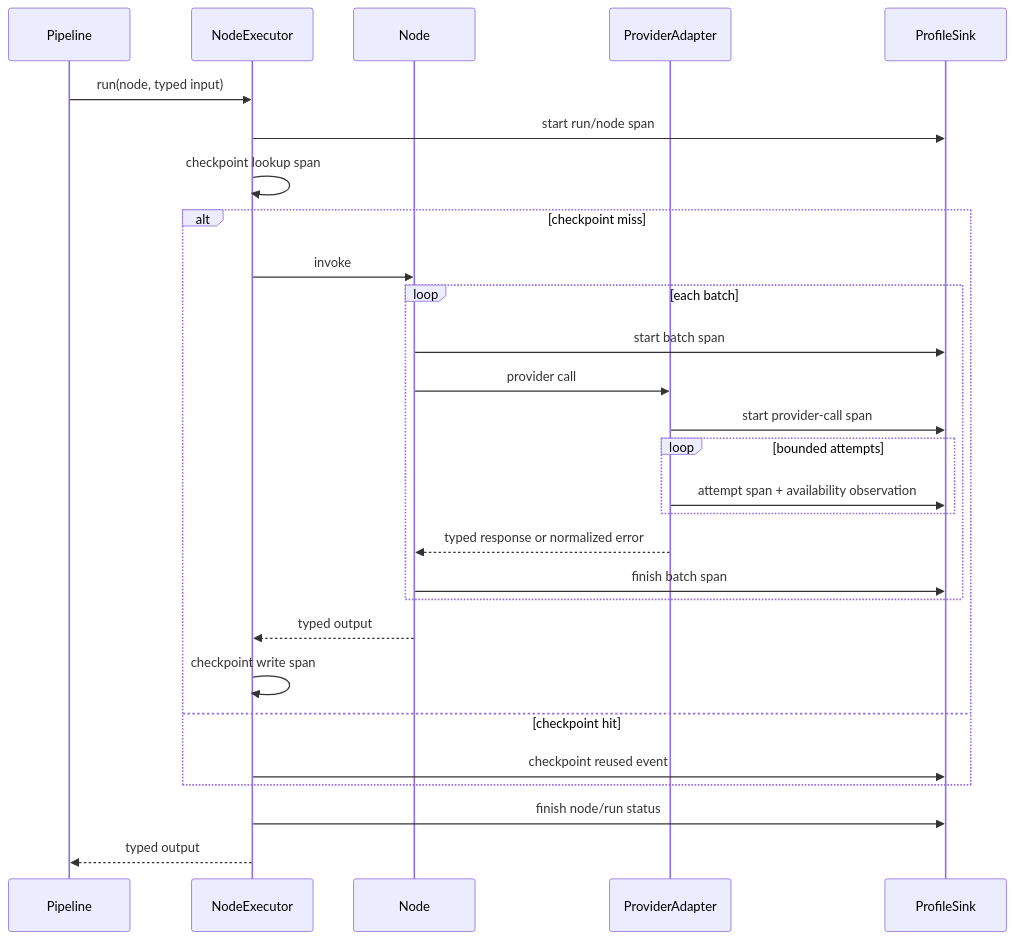
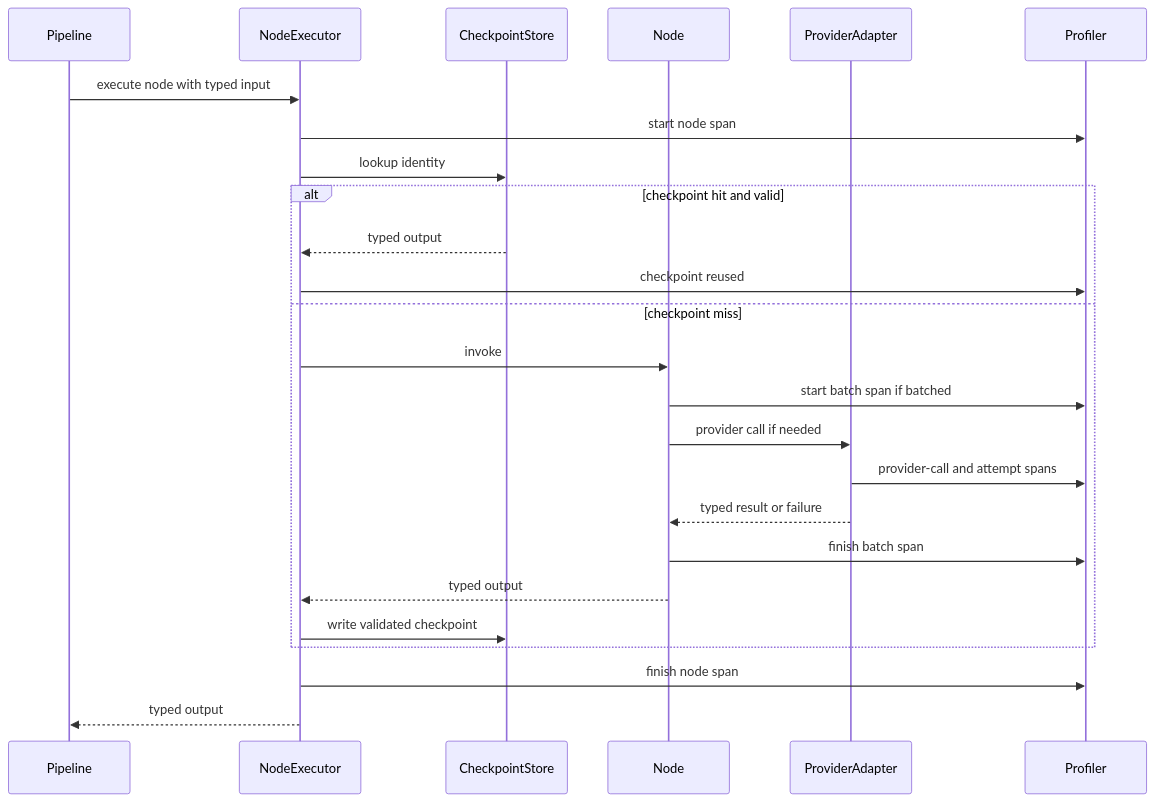
Before and after one commit to apue/yt2notion: the eighth of 9 diagrams in docs/typed-pipeline-architecture.md, drawn with Mermaid. The commit also changed other lines of this file and 1 other file, not shown here.

First line of the commit message:
docs: refocus typed pipeline architecture

````diff
--- a/docs/typed-pipeline-architecture.md
+++ b/docs/typed-pipeline-architecture.md
@@ -431,31 +268,28 @@
 ```mermaid
 sequenceDiagram
     participant P as Pipeline
     participant E as NodeExecutor
+    participant C as CheckpointStore
     participant N as Node
     participant A as ProviderAdapter
-    participant S as ProfileSink
+    participant O as Profiler
 
-    P->>E: run(node, typed input)
-    E->>S: start run/node span
-    E->>E: checkpoint lookup span
-    alt checkpoint miss
+    P->>E: execute node with typed input
+    E->>O: start node span
+    E->>C: lookup identity
+    alt checkpoint hit and valid
+        C-->>E: typed output
+        E->>O: checkpoint reused
+    else checkpoint miss
         E->>N: invoke
-        loop each batch
-            N->>S: start batch span
-            N->>A: provider call
-            A->>S: start provider-call span
-            loop bounded attempts
-                A->>S: attempt span + availability observation
-            end
-            A-->>N: typed response or normalized error
-            N->>S: finish batch span
-        end
+        N->>O: start batch span if batched
+        N->>A: provider call if needed
+        A->>O: provider-call and attempt spans
+        A-->>N: typed result or failure
+        N->>O: finish batch span
         N-->>E: typed output
-        E->>E: checkpoint write span
-    else checkpoint hit
-        E->>S: checkpoint reused event
+        E->>C: write validated checkpoint
     end
-    E->>S: finish node/run status
+    E->>O: finish node span
     E-->>P: typed output
 ```
````
